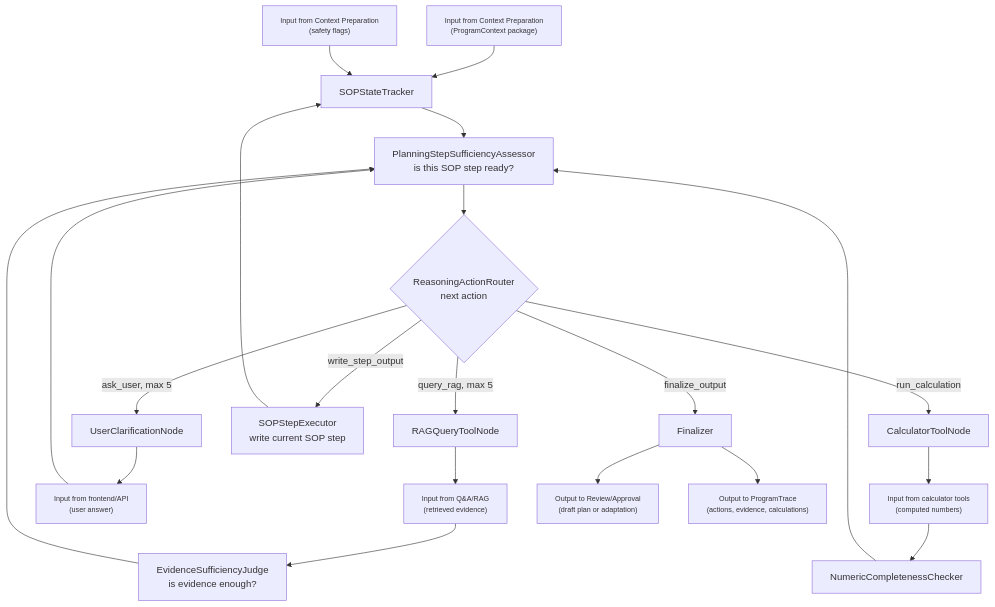
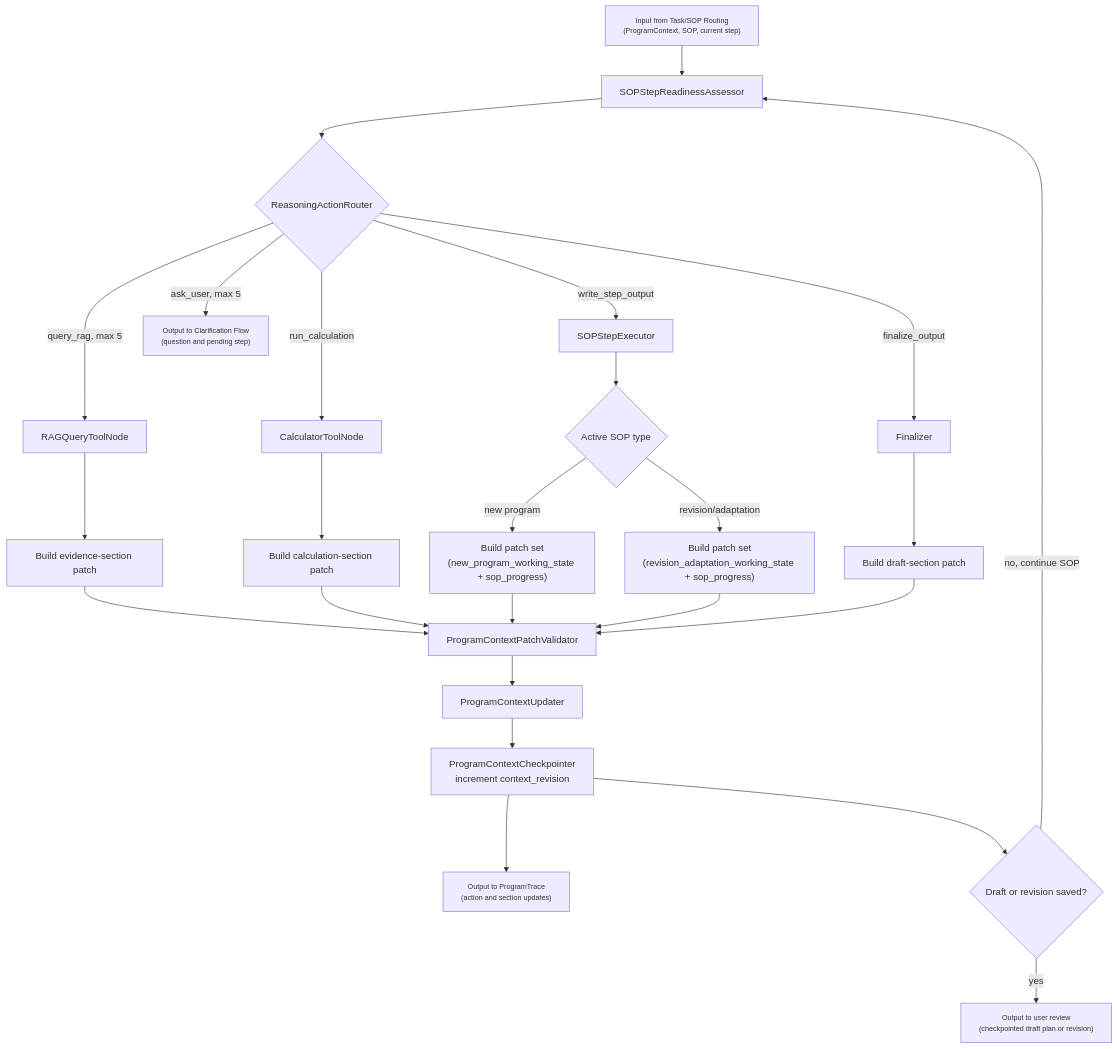
The third of 5 diagrams in docs/functions/program_generator.md (HanWang575/Agentic_Training_Plan_Generator), drawn with Mermaid before and after one commit. The commit also changed other lines of this file and 2 other files, not shown here.

Commit message:
Refine program generator architecture outline

````diff
--- a/docs/functions/program_generator.md
+++ b/docs/functions/program_generator.md
@@ -234,29 +287,28 @@
 ```mermaid
 flowchart TD
     classDef handoff font-size:12px,font-weight:300;
-    CTX["Input from Context Preparation<br/>(ProgramContext package)"]:::handoff --> STEP["SOPStateTracker"]
-    SAFE["Input from Context Preparation<br/>(safety flags)"]:::handoff --> STEP
-    STEP --> PSA["PlanningStepSufficiencyAssessor<br/>is this SOP step ready?"]
-    PSA --> ROUTER{"ReasoningActionRouter<br/>next action"}
-
-    ROUTER -->|query_rag, max 5| RAGQ["RAGQueryToolNode"]
-    RAGQ --> RAGOUT["Input from Q&A/RAG<br/>(retrieved evidence)"]:::handoff
-    RAGOUT --> ESJ["EvidenceSufficiencyJudge<br/>is evidence enough?"]
-    ESJ --> PSA
-
-    ROUTER -->|ask_user, max 5| ASK["UserClarificationNode"]
-    ASK --> UANS["Input from frontend/API<br/>(user answer)"]:::handoff
-    UANS --> PSA
-
-    ROUTER -->|run_calculation| CALC["CalculatorToolNode"]
-    CALC --> NUM["Input from calculator tools<br/>(computed numbers)"]:::handoff
-    NUM --> NC["NumericCompletenessChecker"]
-    NC --> PSA
-
-    ROUTER -->|write_step_output| SOP["SOPStepExecutor<br/>write current SOP step"]
-    SOP --> STEP
-
-    ROUTER -->|finalize_output| FINAL["Finalizer"]
-    FINAL --> DRAFT["Output to Review/Approval<br/>(draft plan or adaptation)"]:::handoff
-    FINAL --> TRACE["Output to ProgramTrace<br/>(actions, evidence, calculations)"]:::handoff
+    CTX["Input from Task/SOP Routing<br/>(ProgramContext, SOP, current step)"]:::handoff --> SUFF["SOPStepReadinessAssessor"]
+    SUFF --> ACTION{"ReasoningActionRouter"}
+    ACTION -->|query_rag, max 5| RAG["RAGQueryToolNode"]
+    ACTION -->|run_calculation| CALC["CalculatorToolNode"]
+    ACTION -->|write_step_output| STEP["SOPStepExecutor"]
+    ACTION -->|ask_user, max 5| ASK["Output to Clarification Flow<br/>(question and pending step)"]:::handoff
+    RAG --> RPATCH["Build evidence-section patch"]
+    CALC --> CPATCH["Build calculation-section patch"]
+    STEP --> SOPTYPE{"Active SOP type"}
+    SOPTYPE -->|new program| NPATCH["Build patch set<br/>(new_program_working_state + sop_progress)"]
+    SOPTYPE -->|revision/adaptation| APATCH["Build patch set<br/>(revision_adaptation_working_state + sop_progress)"]
+    RPATCH --> VALID["ProgramContextPatchValidator"]
+    CPATCH --> VALID
+    NPATCH --> VALID
+    APATCH --> VALID
+    VALID --> UPDATE["ProgramContextUpdater"]
+    UPDATE --> CHECK["ProgramContextCheckpointer<br/>increment context_revision"]
+    ACTION -->|finalize_output| FINAL["Finalizer"]
+    FINAL --> FPATCH["Build draft-section patch"]
+    FPATCH --> VALID
+    CHECK --> TRACE["Output to ProgramTrace<br/>(action and section updates)"]:::handoff
+    CHECK --> NEXT{"Draft or revision saved?"}
+    NEXT -->|no, continue SOP| SUFF
+    NEXT -->|yes| OUT["Output to user review<br/>(checkpointed draft plan or revision)"]:::handoff
 ```
````
